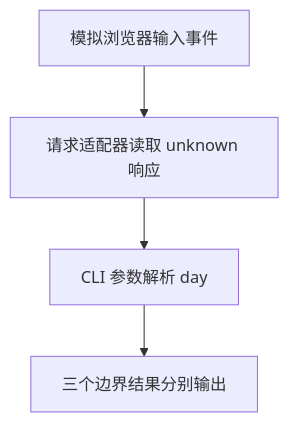
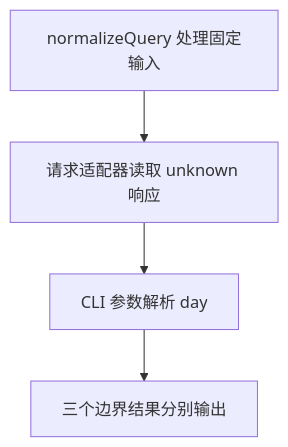
Before and after one commit to zoran-sid/Typescript_practice: the diagram in beginner/docs/day27/README.md, drawn with Mermaid. The commit also changed other lines of this file and 112 other files, not shown here.

````diff
--- a/beginner/docs/day27/README.md
+++ b/beginner/docs/day27/README.md
@@ -52,7 +58,7 @@
 ```mermaid
 flowchart TD
-  A["模拟浏览器输入事件"] --> B
+  A["normalizeQuery 处理固定输入"] --> B
   B["请求适配器读取 unknown 响应"] --> C
   C["CLI 参数解析 day"] --> D
   D["三个边界结果分别输出"]
 ```
````
